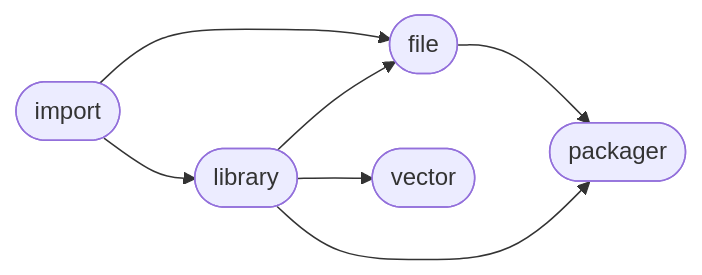
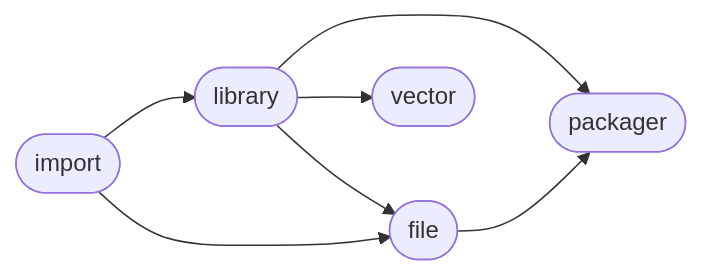
Before and after one commit to Mandera/Mandera: the diagram in README.md, drawn with Mermaid. The commit also changed other lines of this file, not shown here.

````diff
--- a/README.md
+++ b/README.md
@@ -7,14 +7,14 @@
 ```mermaid
 flowchart LR
+1([library]) --> 2([file])
+1([library]) --> 4([packager])
+0([import]) --> 2([file])
+1([library]) --> 3([vector])
 2([file]) --> 4([packager])
-1([library]) --> 4([packager])
 0([import]) --> 1([library])
-0([import]) --> 2([file])
-1([library]) --> 2([file])
-1([library]) --> 3([vector])
 click 0 "https://github.com/ManderaGeneral/generalimport"
 click 1 "https://github.com/ManderaGeneral/generallibrary"
 click 2 "https://github.com/ManderaGeneral/generalfile"
 click 3 "https://github.com/ManderaGeneral/generalvector"
 click 4 "https://github.com/ManderaGeneral/generalpackager"
 ```
````
